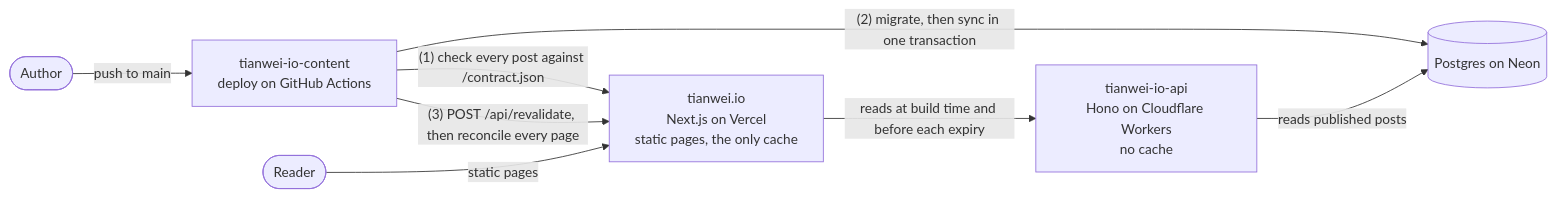
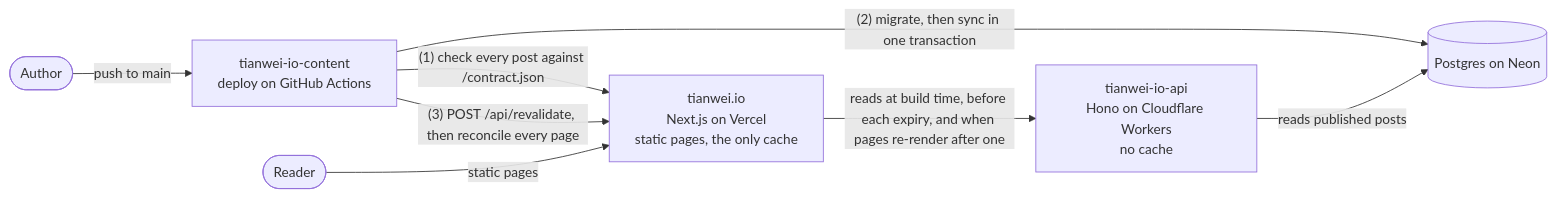
Before and after one commit to notbd/tianwei.io: the diagram in README.md, drawn with Mermaid. The commit also changed 4 other files, not shown here.

````diff
--- a/README.md
+++ b/README.md
@@ -27,17 +27,17 @@
 ```mermaid
 flowchart LR
   author(["Author"])
   reader(["Reader"])
   content["tianwei-io-content<br/>deploy on GitHub Actions"]
   db[("Postgres on Neon")]
   api["tianwei-io-api<br/>Hono on Cloudflare Workers<br/>no cache"]
   web["tianwei.io<br/>Next.js on Vercel<br/>static pages, the only cache"]
 
   author -- "push to main" --> content
   content -- "(1) check every post against /contract.json" --> web
   content -- "(2) migrate, then sync in one transaction" --> db
   content -- "(3) POST /api/revalidate, then reconcile every page" --> web
-  web -- "reads at build time and before each expiry" --> api
+  web -- "reads at build time, before each expiry, and when pages re-render after one" --> api
   api -- "reads published posts" --> db
   reader -- "static pages" --> web
 ```
````
